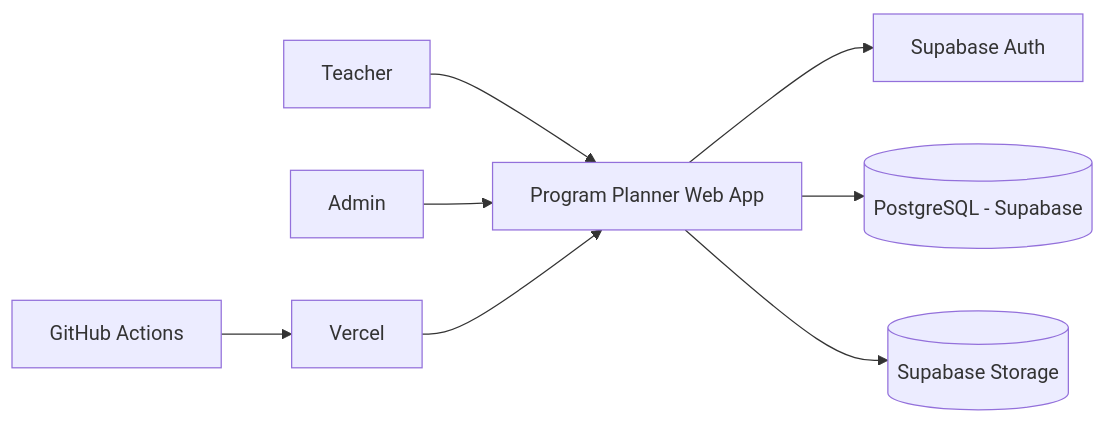
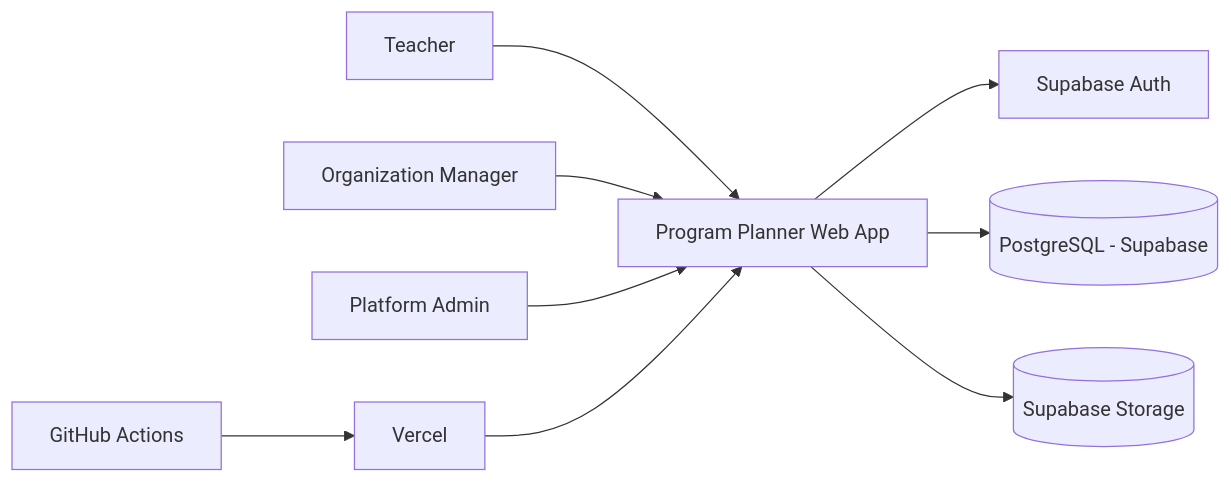
Before and after one commit to smontes-profe/program-planner: the first of 4 diagrams in docs/ARCHITECTURE.md, drawn with Mermaid. The commit also changed other lines of this file and 5 other files, not shown here.

````diff
--- a/docs/ARCHITECTURE.md
+++ b/docs/ARCHITECTURE.md
@@ -19,10 +20,11 @@
 ```mermaid
 flowchart LR
     Teacher[Teacher] --> App[Program Planner Web App]
-    Admin[Admin] --> App
+    OrgManager[Organization Manager] --> App
+    PlatformAdmin[Platform Admin] --> App
     App --> SupabaseAuth[Supabase Auth]
     App --> DB[(PostgreSQL - Supabase)]
     App --> Storage[(Supabase Storage)]
-    Vercel[Vercel] --> App
-    GitHub[GitHub Actions] --> Vercel
+    GitHub[GitHub Actions] --> Vercel[Vercel]
+    Vercel --> App
 ```
````
